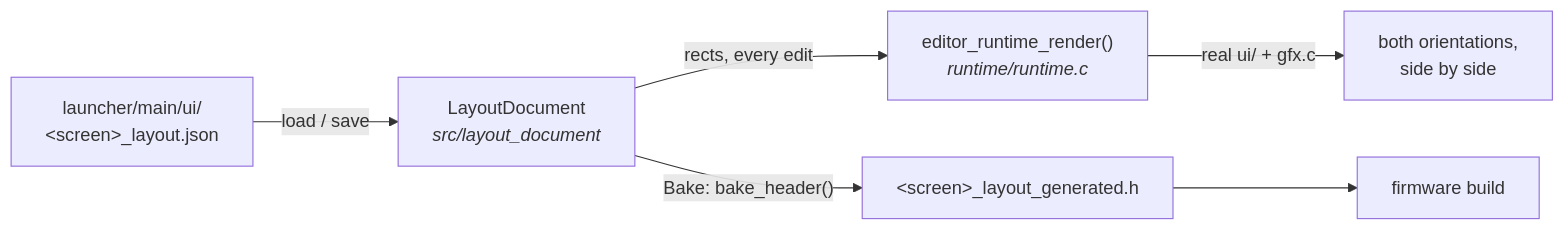
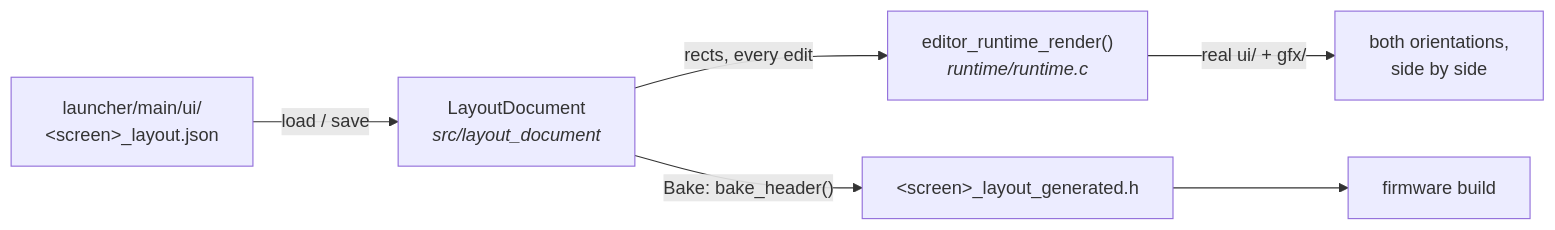
One commit to jose-villegas/autana changed the diagram in editor/README.md. Above: the diagram before and after it, drawn with Mermaid. The commit also changed other lines of this file and 209 other files, not shown here.

````diff
--- a/editor/README.md
+++ b/editor/README.md
@@ -13,8 +13,8 @@
 ```mermaid
 flowchart LR
     JSON["launcher/main/ui/<br/>&lt;screen&gt;_layout.json"] -->|load / save| DOC["LayoutDocument<br/><i>src/layout_document</i>"]
     DOC -->|rects, every edit| RT["editor_runtime_render()<br/><i>runtime/runtime.c</i>"]
-    RT -->|"real ui/ + gfx.c"| PREVIEW["both orientations,<br/>side by side"]
+    RT -->|"real ui/ + gfx/"| PREVIEW["both orientations,<br/>side by side"]
     DOC -->|"Bake: bake_header()"| HEADER["&lt;screen&gt;_layout_generated.h"]
     HEADER --> FW["firmware build"]
 ```
````
